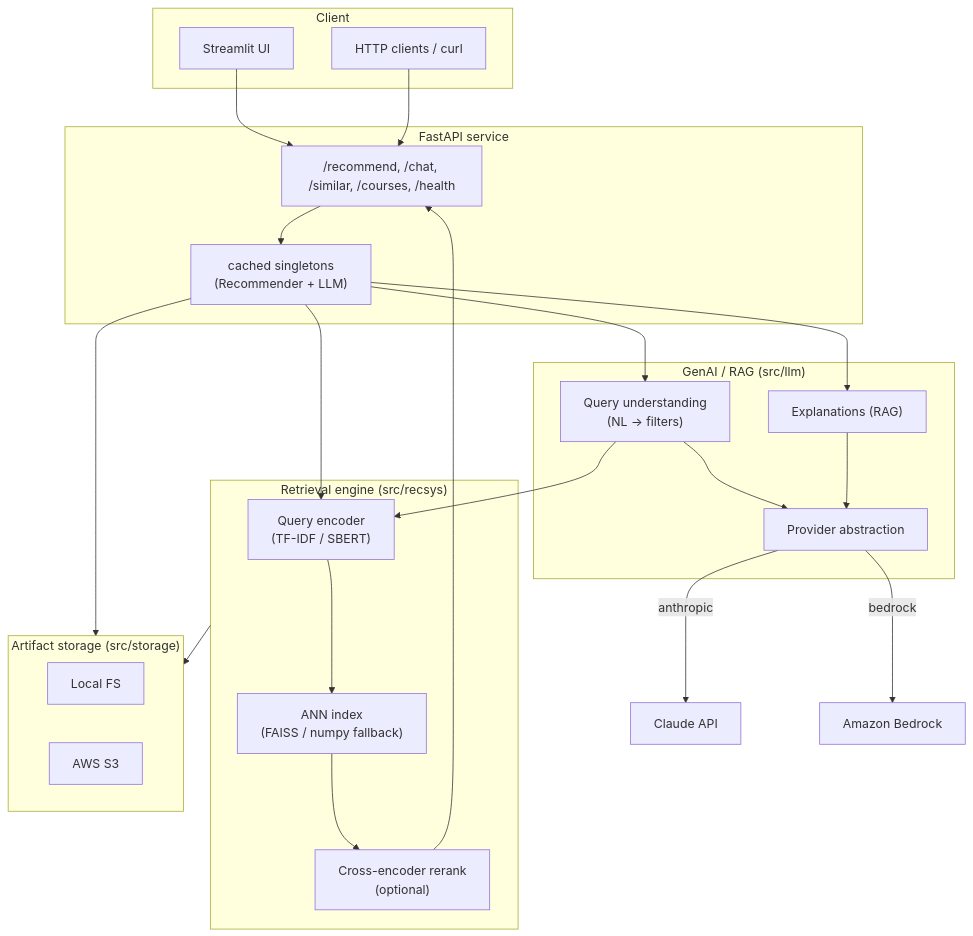
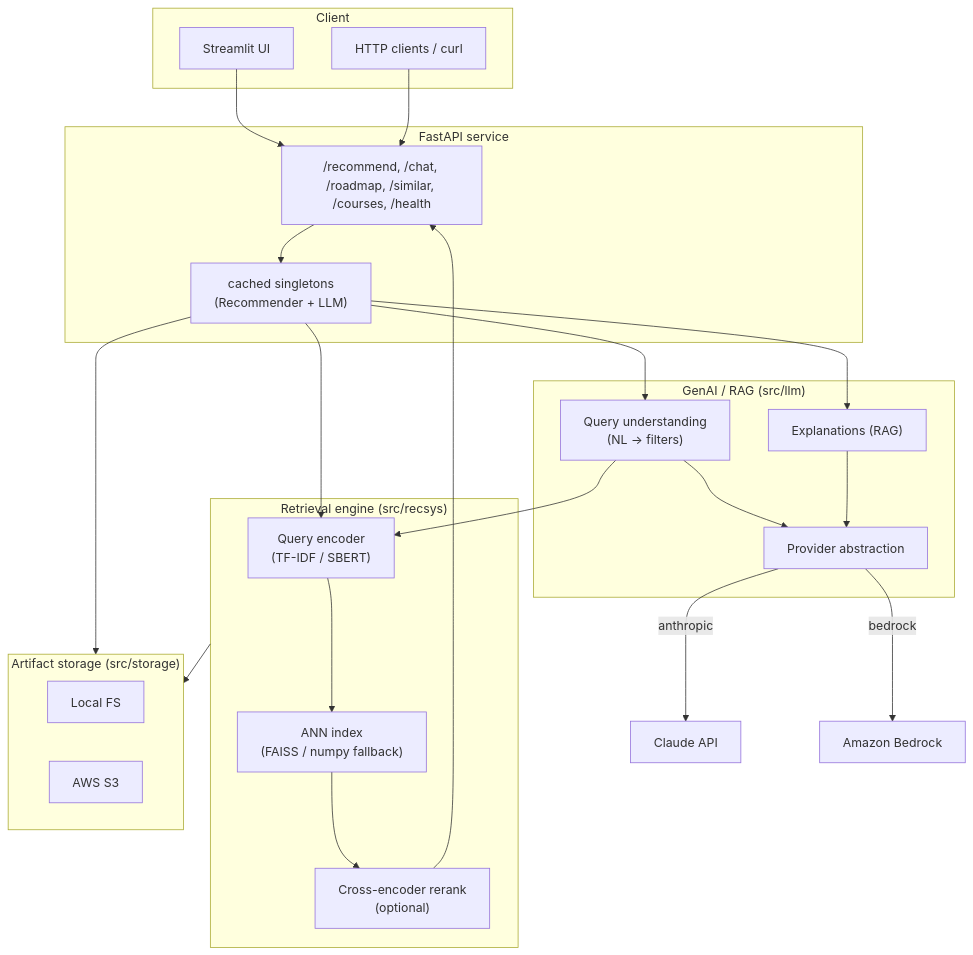
Before and after one commit to KhangPhanTZ/course-recommender-simple: the first of 3 diagrams in docs/architecture.md, drawn with Mermaid. The commit also changed 10 other files, not shown here.

First line of the commit message:
feat(roadmap): career-track learning roadmaps grounded in the catalog

````diff
--- a/docs/architecture.md
+++ b/docs/architecture.md
@@ -9,41 +9,41 @@
 ```mermaid
 flowchart TB
     subgraph Client
         UI["Streamlit UI"]
         Curl["HTTP clients / curl"]
     end
 
     subgraph Serving["FastAPI service"]
-        R["/recommend, /chat, /similar, /courses, /health"]
+        R["/recommend, /chat, /roadmap, /similar, /courses, /health"]
         DEP["cached singletons\n(Recommender + LLM)"]
     end
 
     subgraph Engine["Retrieval engine (src/recsys)"]
         ENC["Query encoder\n(TF-IDF / SBERT)"]
         IDX["ANN index\n(FAISS / numpy fallback)"]
         RR["Cross-encoder rerank\n(optional)"]
     end
 
     subgraph GenAI["GenAI / RAG (src/llm)"]
         QU["Query understanding\n(NL -> filters)"]
         EX["Explanations (RAG)"]
         PROV["Provider abstraction"]
     end
 
     subgraph Storage["Artifact storage (src/storage)"]
         LOC["Local FS"]
         S3["AWS S3"]
     end
 
     UI --> R
     Curl --> R
     R --> DEP --> ENC --> IDX --> RR --> R
     DEP --> QU --> ENC
     DEP --> EX
     QU --> PROV
     EX --> PROV
     PROV -->|anthropic| CLAUDE["Claude API"]
     PROV -->|bedrock| BR["Amazon Bedrock"]
     DEP --> Storage
     Engine --> Storage
 ```
````
